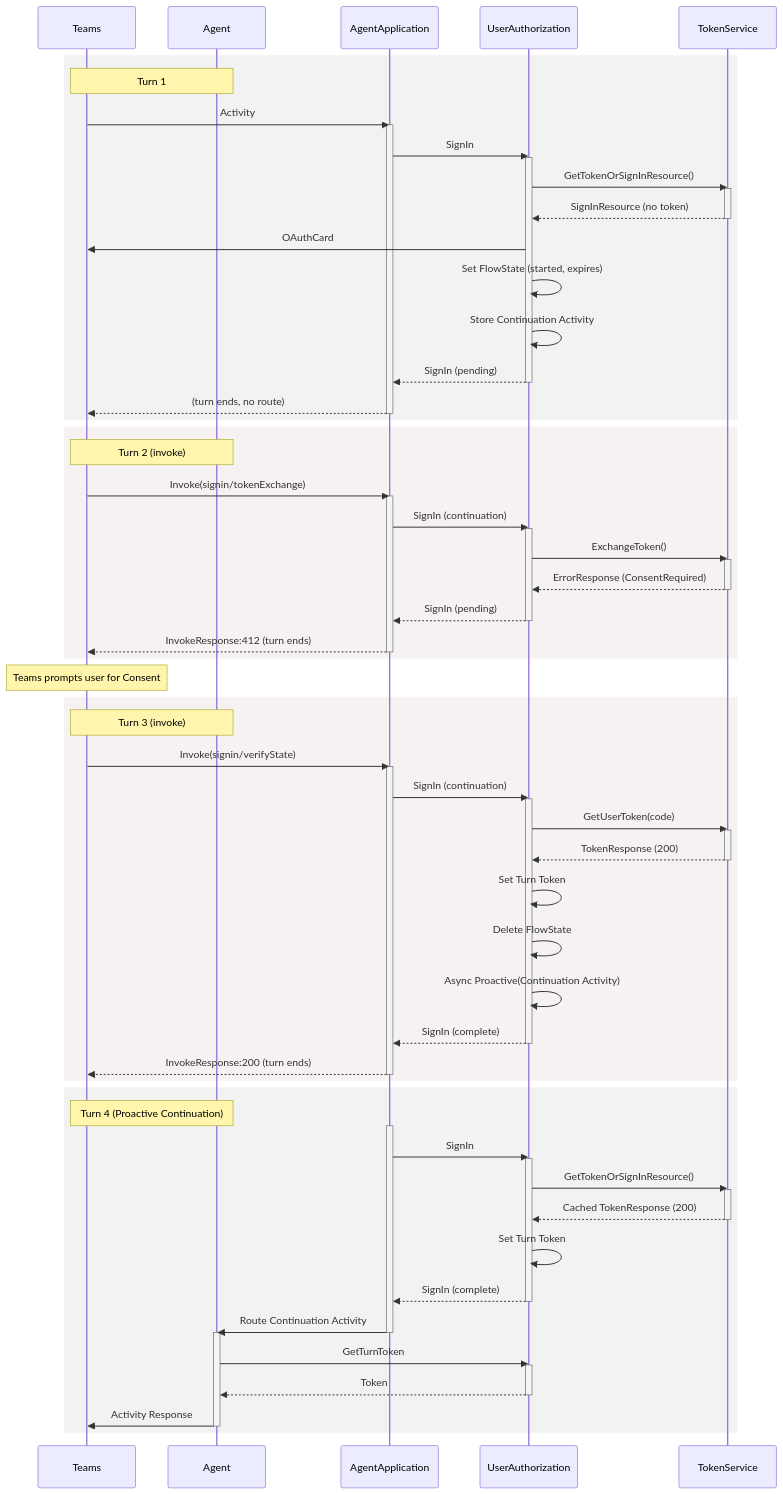
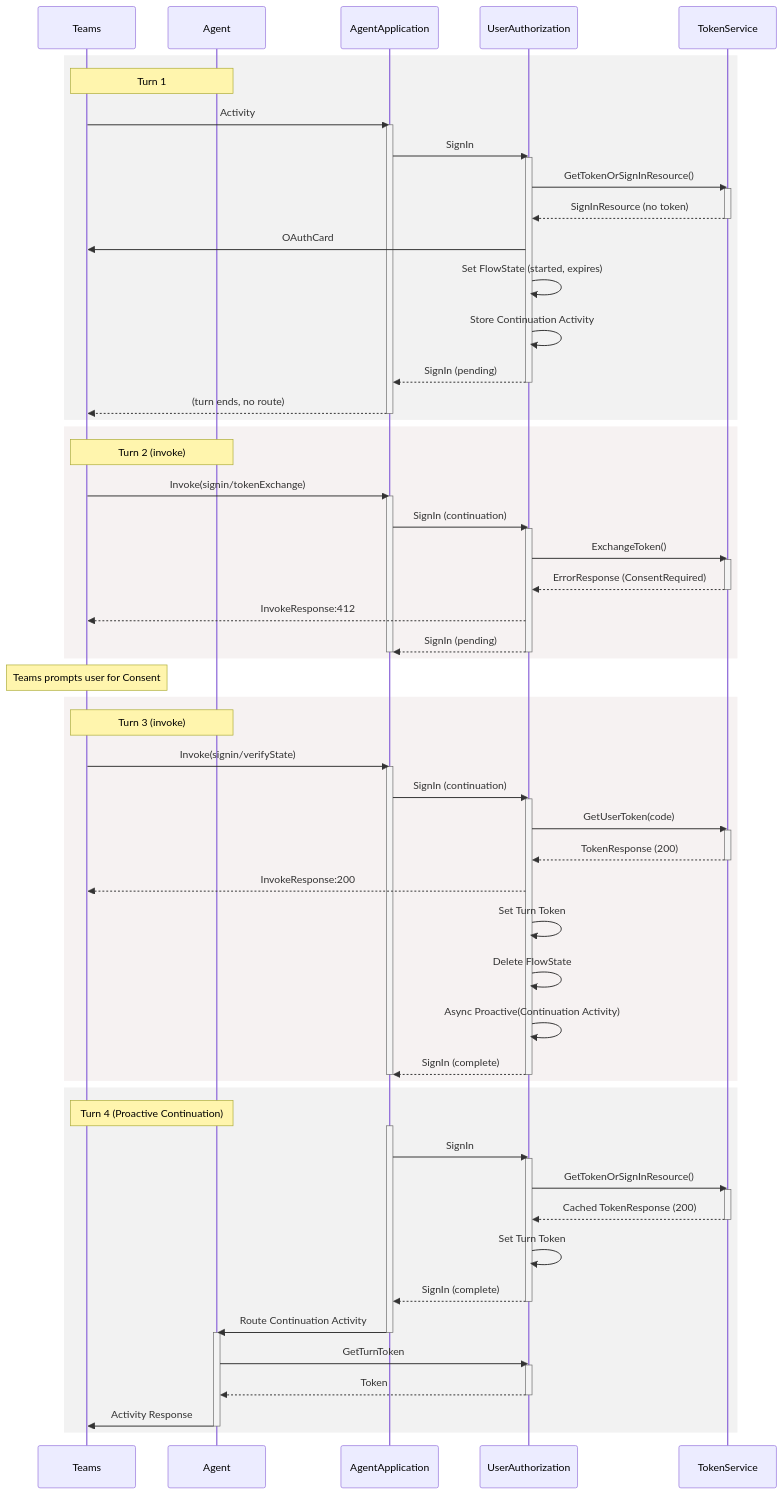
One commit to microsoft/Agents-for-net changed the third of 4 diagrams in docs/teams-sso-sequence-diagram.md. Above: the diagram before and after it, drawn with Mermaid. The commit also changed other lines of this file, not shown here.

First line of the commit message:
docs: fix sequence diagram drift in teams-sso-sequence-diagram.md

```diff
--- a/docs/teams-sso-sequence-diagram.md
+++ b/docs/teams-sso-sequence-diagram.md
@@ -162,9 +162,9 @@
     activate TokenService
     TokenService-->>UserAuthorization: ErrorResponse (ConsentRequired)
     deactivate TokenService
+    UserAuthorization-->>Teams: InvokeResponse:412
     UserAuthorization-->>AgentApplication: SignIn (pending)
     deactivate UserAuthorization
-    AgentApplication-->>Teams: InvokeResponse:412 (turn ends)
     deactivate AgentApplication
     end
 
@@ -181,12 +181,12 @@
     activate TokenService
     TokenService-->>UserAuthorization: TokenResponse (200)
     deactivate TokenService
+    UserAuthorization-->>Teams: InvokeResponse:200
     UserAuthorization->>UserAuthorization: Set Turn Token
     UserAuthorization->>UserAuthorization: Delete FlowState
     UserAuthorization->>UserAuthorization: Async Proactive(Continuation Activity)
     UserAuthorization-->>AgentApplication: SignIn (complete)
     deactivate UserAuthorization
-    AgentApplication-->>Teams: InvokeResponse:200 (turn ends)
     deactivate AgentApplication
     end
 
```
